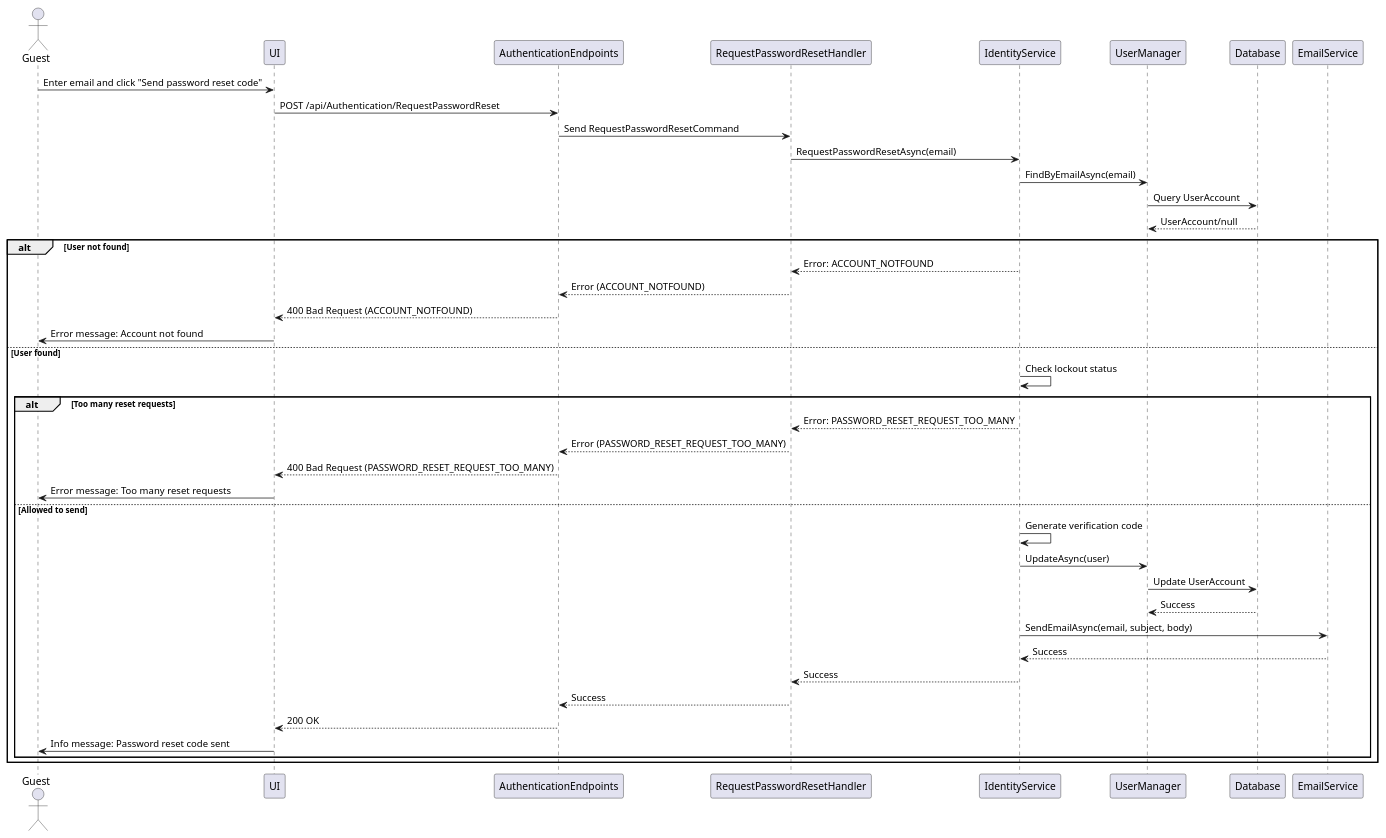
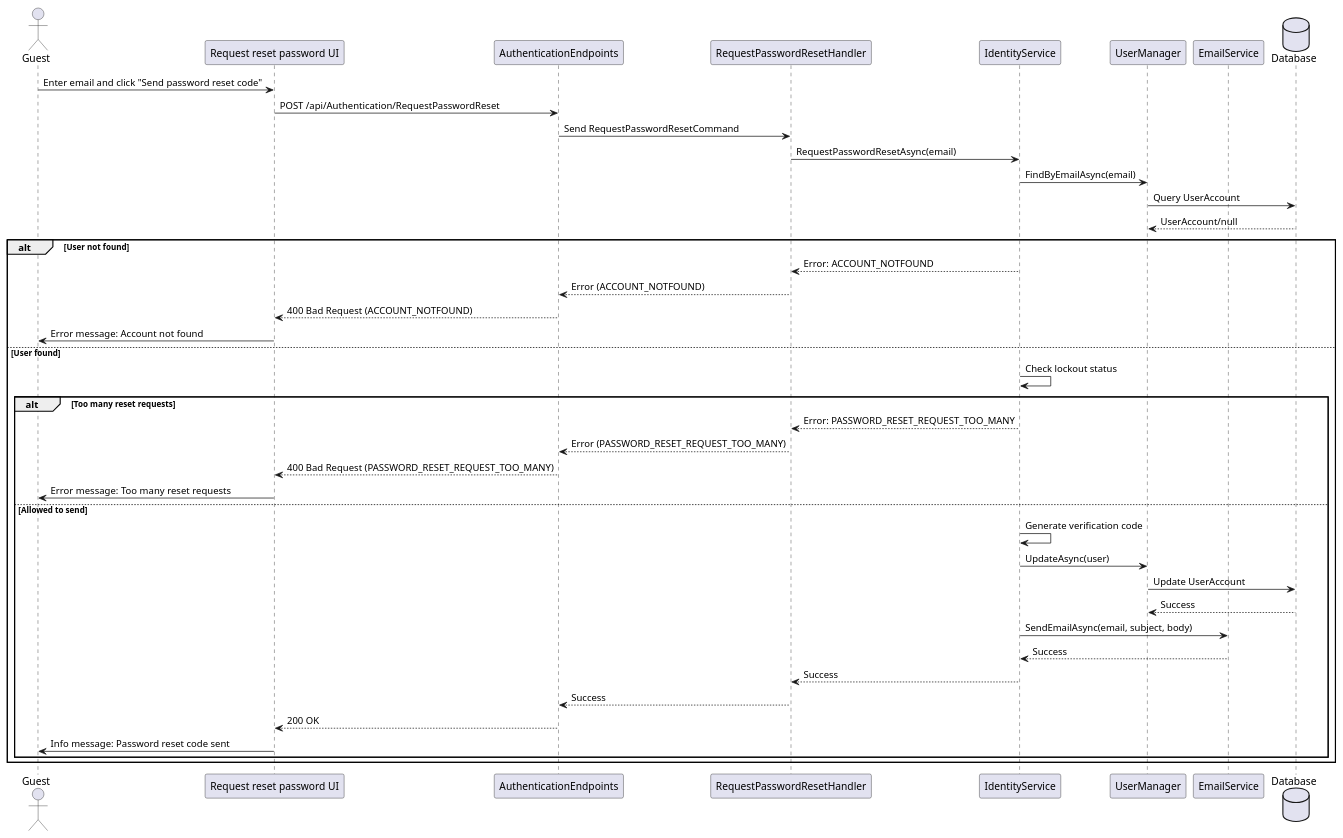
Before and after one commit to thanhkhac/SEP_Diagram: the diagram in authentication/Sequence/08_RequestResetPassword.puml, drawn with PlantUML. The commit also changed 9 other files, not shown here.

First line of the commit message:
Update authentication sequence diagrams for clarity

```diff
--- a/authentication/Sequence/08_RequestResetPassword.puml
+++ b/authentication/Sequence/08_RequestResetPassword.puml
@@ -1,44 +1,44 @@
 @startuml
 actor Guest as User
-participant UI
+participant "Request reset password UI" as UI
 participant AuthenticationEndpoints
 participant RequestPasswordResetHandler
 participant IdentityService
 participant UserManager
-participant Database
 participant EmailService
+Database Database
 
 User -> UI : Enter email and click "Send password reset code"
 UI -> AuthenticationEndpoints : POST /api/Authentication/RequestPasswordReset
 AuthenticationEndpoints -> RequestPasswordResetHandler : Send RequestPasswordResetCommand
 RequestPasswordResetHandler -> IdentityService : RequestPasswordResetAsync(email)
 IdentityService -> UserManager : FindByEmailAsync(email)
 UserManager -> Database : Query UserAccount
 Database --> UserManager : UserAccount/null
 
 alt User not found
     IdentityService --> RequestPasswordResetHandler : Error: ACCOUNT_NOTFOUND
     RequestPasswordResetHandler --> AuthenticationEndpoints : Error (ACCOUNT_NOTFOUND)
     AuthenticationEndpoints --> UI : 400 Bad Request (ACCOUNT_NOTFOUND)
     UI -> User : Error message: Account not found
 else User found
     IdentityService -> IdentityService : Check lockout status
     alt Too many reset requests
         IdentityService --> RequestPasswordResetHandler : Error: PASSWORD_RESET_REQUEST_TOO_MANY
         RequestPasswordResetHandler --> AuthenticationEndpoints : Error (PASSWORD_RESET_REQUEST_TOO_MANY)
         AuthenticationEndpoints --> UI : 400 Bad Request (PASSWORD_RESET_REQUEST_TOO_MANY)
         UI -> User : Error message: Too many reset requests
     else Allowed to send
         IdentityService -> IdentityService : Generate verification code
         IdentityService -> UserManager : UpdateAsync(user)
         UserManager -> Database : Update UserAccount
         Database --> UserManager : Success
         IdentityService -> EmailService : SendEmailAsync(email, subject, body)
         EmailService --> IdentityService : Success
         IdentityService --> RequestPasswordResetHandler : Success
         RequestPasswordResetHandler --> AuthenticationEndpoints : Success
         AuthenticationEndpoints --> UI : 200 OK
         UI -> User : Info message: Password reset code sent
     end
 end
 @enduml
```
